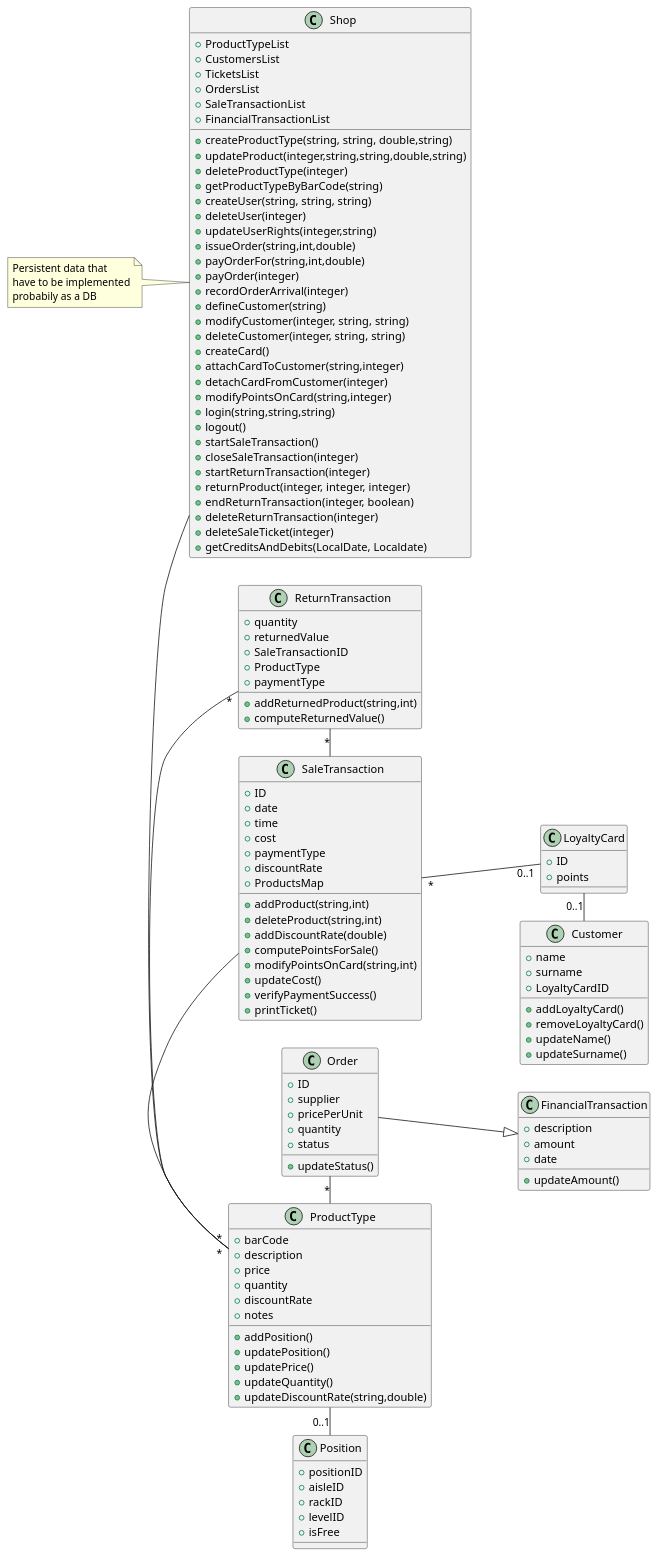
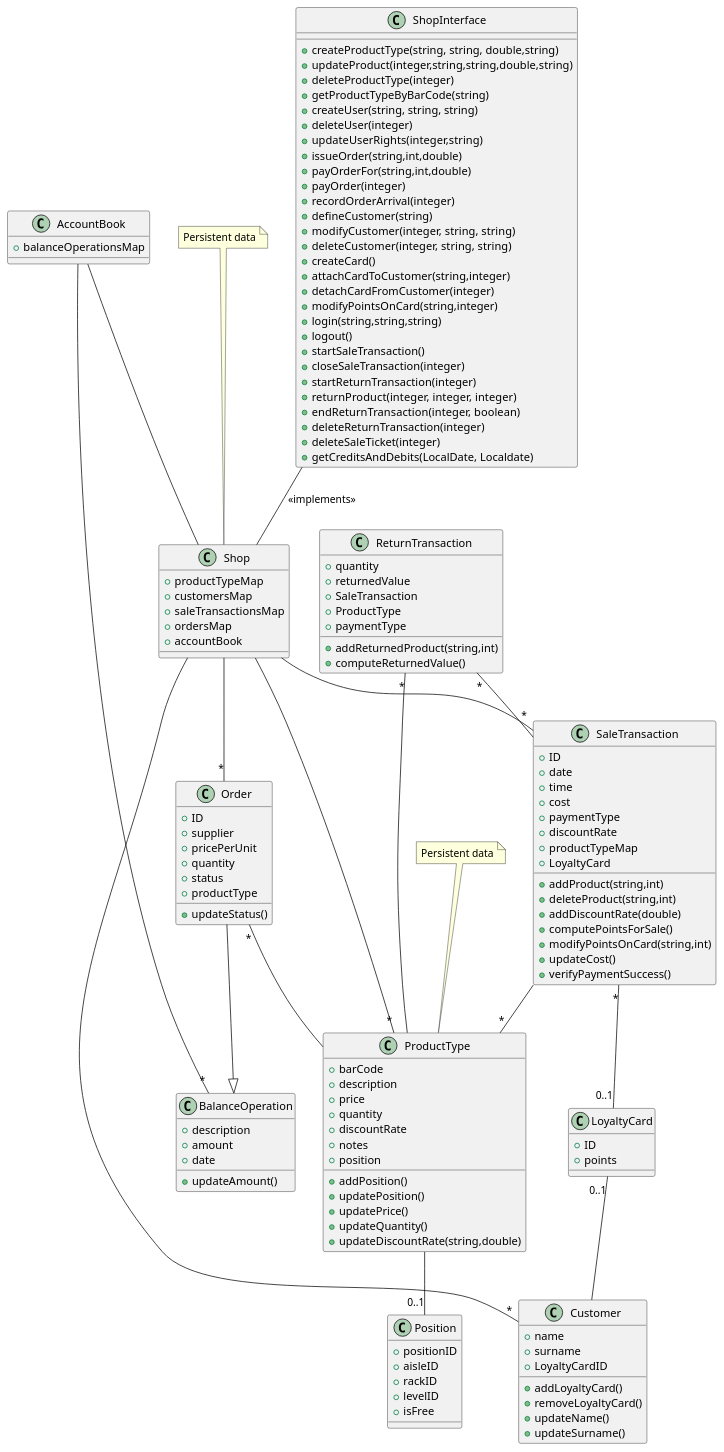
The second of 5 diagrams in Deliverables/DesignDocument.md (GrayNeel/SoftEngProject-EZShop), drawn with PlantUML before and after one commit. The commit also changed other lines of this file and 1 other file, not shown here.

Commit message:
update: DesignDocument.md

````diff
--- a/Deliverables/DesignDocument.md
+++ b/Deliverables/DesignDocument.md
@@ -53,14 +53,21 @@
 ```plantuml
 @startuml
 
-left to right direction
 class Shop {
-    +ProductTypeList
-    +CustomersList
-    +TicketsList
-    +OrdersList
-    +SaleTransactionList
-    +FinancialTransactionList
+    +productTypeMap
+    +customersMap
+    +saleTransactionsMap
+    +ordersMap
+    +accountBook
+}
+
+note "Persistent data" as N1
+
+N1 .down. Shop
+ShopInterface -down- Shop : <<implements>>
+
+class ShopInterface {
+
 
     +createProductType(string, string, double,string)
     +updateProduct(integer,string,string,double,string)
@@ -92,11 +99,7 @@
     +getCreditsAndDebits(LocalDate, Localdate)
 }
 
-note "Persistent data that\nhave to be implemented\nprobabily as a DB" as N1
-
-N1 .. Shop
-
-class FinancialTransaction {
+class BalanceOperation {
  +description
  +amount
  +date
@@ -104,7 +107,7 @@
  +updateAmount()
 }
 
-Order --|> FinancialTransaction
+Order --|> BalanceOperation
 
 
 class ProductType{
@@ -114,6 +117,7 @@
     +quantity
     +discountRate
     +notes
+    +position
 
     +addPosition()
     +updatePosition()
@@ -122,7 +126,12 @@
     +updateDiscountRate(string,double)
 }
 
-Shop - "*" ProductType
+note "Persistent data" as N2
+N2 -down- ProductType
+Shop -- "*" ProductType
+Shop -- "*" Order
+Shop -- "*" SaleTransaction
+Shop -- "*" Customer
 
 class SaleTransaction {
     +ID 
@@ -131,7 +140,8 @@
     +cost
     +paymentType
     +discountRate
-    +ProductsMap
+    +productTypeMap
+    +LoyaltyCard
 
     +addProduct(string,int)
     +deleteProduct(string,int)
@@ -140,9 +150,8 @@
     +modifyPointsOnCard(string,int)
     +updateCost()
     +verifyPaymentSuccess()
-    +printTicket()
 }
-SaleTransaction - "*" ProductType
+SaleTransaction -- "*" ProductType
 
 class LoyaltyCard {
     +ID
@@ -160,7 +169,7 @@
     +updateSurname()
 }
 
-LoyaltyCard "0..1" - Customer
+LoyaltyCard "0..1" -- Customer
 
 SaleTransaction "*" -- "0..1" LoyaltyCard
 
@@ -172,7 +181,7 @@
     +isFree
 }
 
-ProductType - "0..1" Position
+ProductType -- "0..1" Position
 
 class Order {
   +ID
@@ -180,16 +189,17 @@
   +pricePerUnit
   +quantity
   +status
+  +productType
 
   +updateStatus()
 }
 
-Order "*" - ProductType
+Order "*" -- ProductType
 
 class ReturnTransaction {
   +quantity
   +returnedValue
-  +SaleTransactionID
+  +SaleTransaction
   +ProductType
   +paymentType
 
@@ -197,8 +207,15 @@
   +computeReturnedValue()
 }
 
-ReturnTransaction "*" - SaleTransaction
-ReturnTransaction "*" - ProductType
+ReturnTransaction "*" -- SaleTransaction
+ReturnTransaction "*" -- ProductType
+
+class AccountBook {
+    +balanceOperationsMap
+}
+
+AccountBook -- Shop
+AccountBook -- "*" BalanceOperation
 
 @enduml
 ```
````
